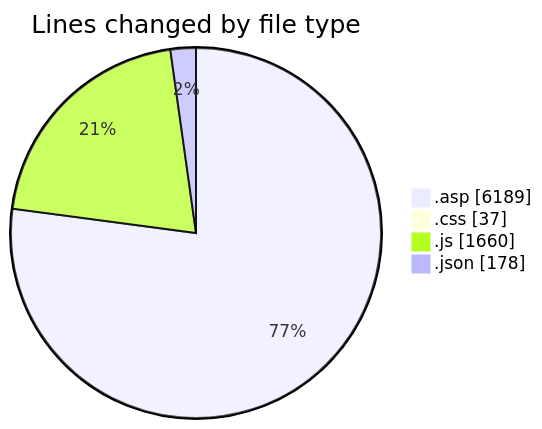
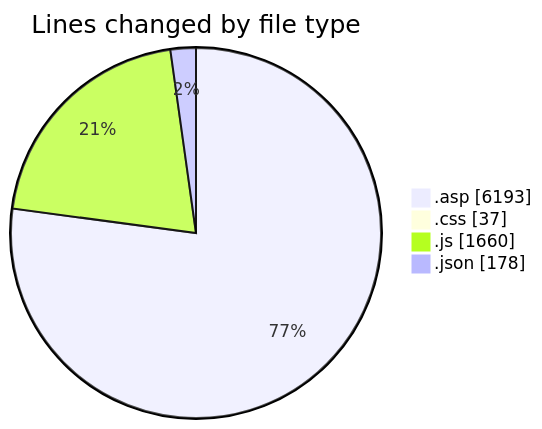
The first of 2 diagrams in 2025-11-02/cdp_aleoudev_fr__workspace_/README.md (julien-gomy/code-tracking), drawn with Mermaid before and after one commit. The commit also changed other lines of this file and 1 other file, not shown here.

````diff
--- a/2025-11-02/cdp_aleoudev_fr__workspace_/README.md
+++ b/2025-11-02/cdp_aleoudev_fr__workspace_/README.md
@@ -27,8 +27,8 @@
 ```mermaid
 pie showData
 title Lines changed by file type
-".asp" : 6189
+".asp" : 6193
 ".css" : 37
 ".js" : 1660
 ".json" : 178
 ```
````
